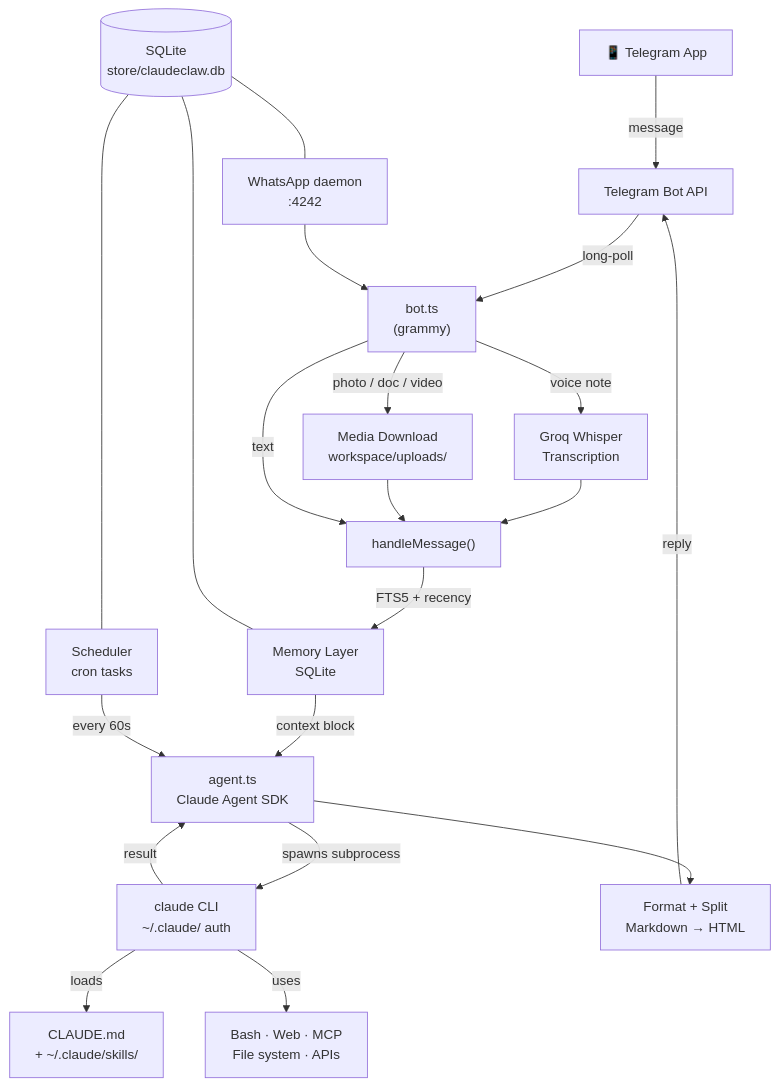
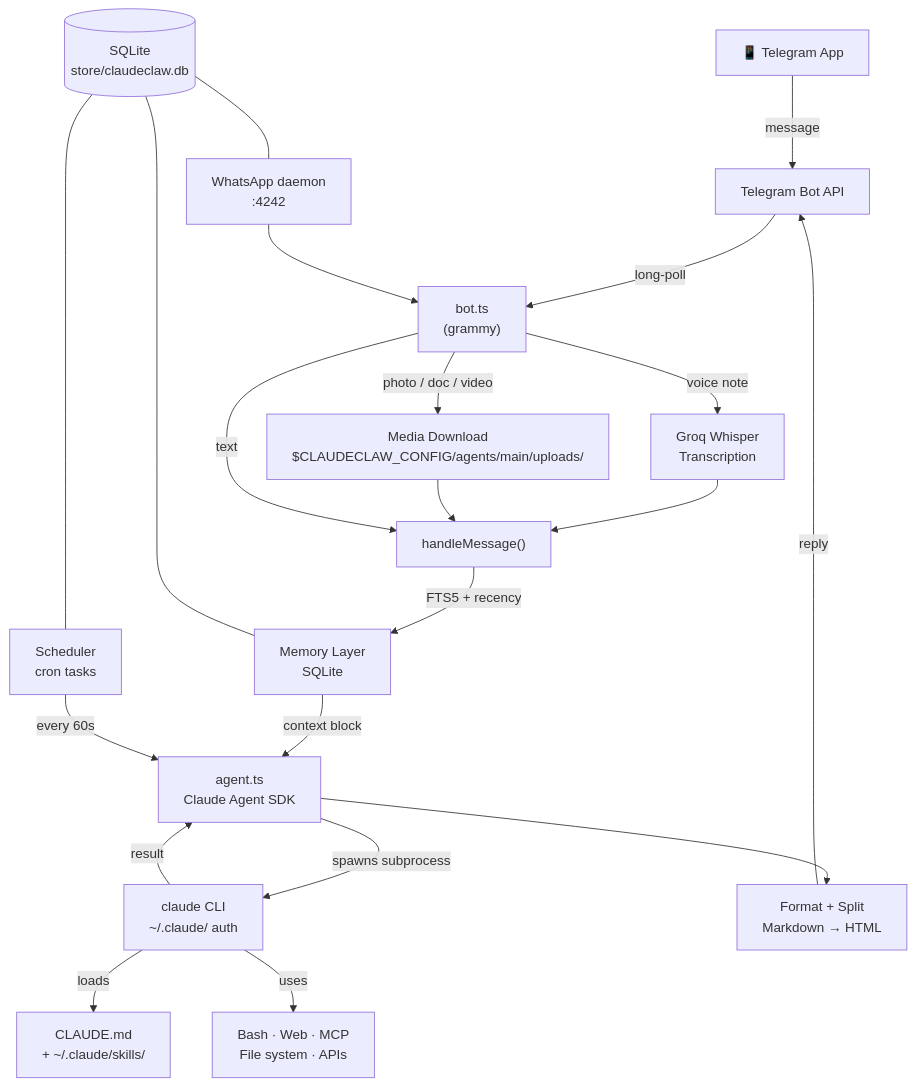
Before and after one commit to earlyaidopters/claudeclaw: the diagram in README.md, drawn with Mermaid. The commit also changed other lines of this file and 10 other files, not shown here.

````diff
--- a/README.md
+++ b/README.md
@@ -1200,29 +1200,29 @@
 ```mermaid
 flowchart TD
     Phone["📱 Telegram App"] -->|message| TGAPI["Telegram Bot API"]
     TGAPI -->|long-poll| Bot["bot.ts\n(grammy)"]
 
     Bot -->|voice note| STT["Groq Whisper\nTranscription"]
-    Bot -->|photo / doc / video| DL["Media Download\nworkspace/uploads/"]
+    Bot -->|photo / doc / video| DL["Media Download\n$CLAUDECLAW_CONFIG/agents/main/uploads/"]
     STT --> Handler
     DL --> Handler
     Bot -->|text| Handler["handleMessage()"]
 
     Handler -->|FTS5 + recency| Mem["Memory Layer\nSQLite"]
     Mem -->|context block| Agent
 
     Agent["agent.ts\nClaude Agent SDK"] -->|spawns subprocess| CC["claude CLI\n~/.claude/ auth"]
     CC -->|loads| Config["CLAUDE.md\n+ ~/.claude/skills/"]
     CC -->|uses| Tools["Bash · Web · MCP\nFile system · APIs"]
     CC -->|result| Agent
 
     Agent --> Format["Format + Split\nMarkdown → HTML"]
     Format -->|reply| TGAPI
 
     Sched["Scheduler\ncron tasks"] -->|every 60s| Agent
     WA["WhatsApp daemon\n:4242"] --> Bot
 
     DB[("SQLite\nstore/claudeclaw.db")] --- Mem
     DB --- Sched
     DB --- WA
 ```
````
